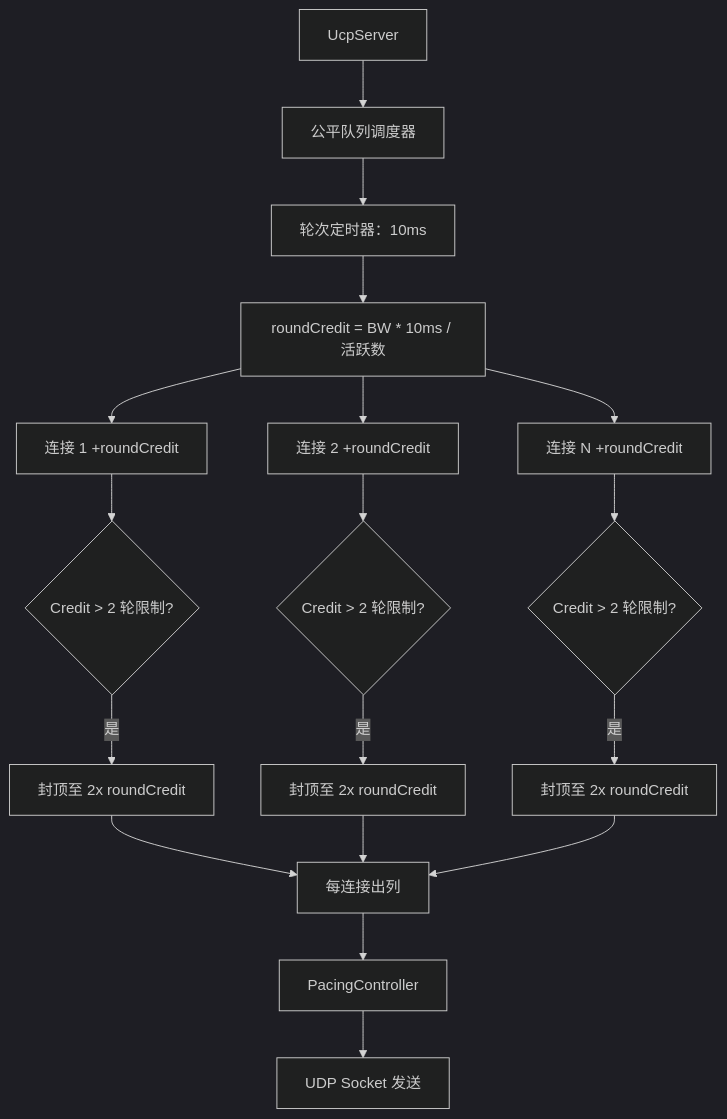
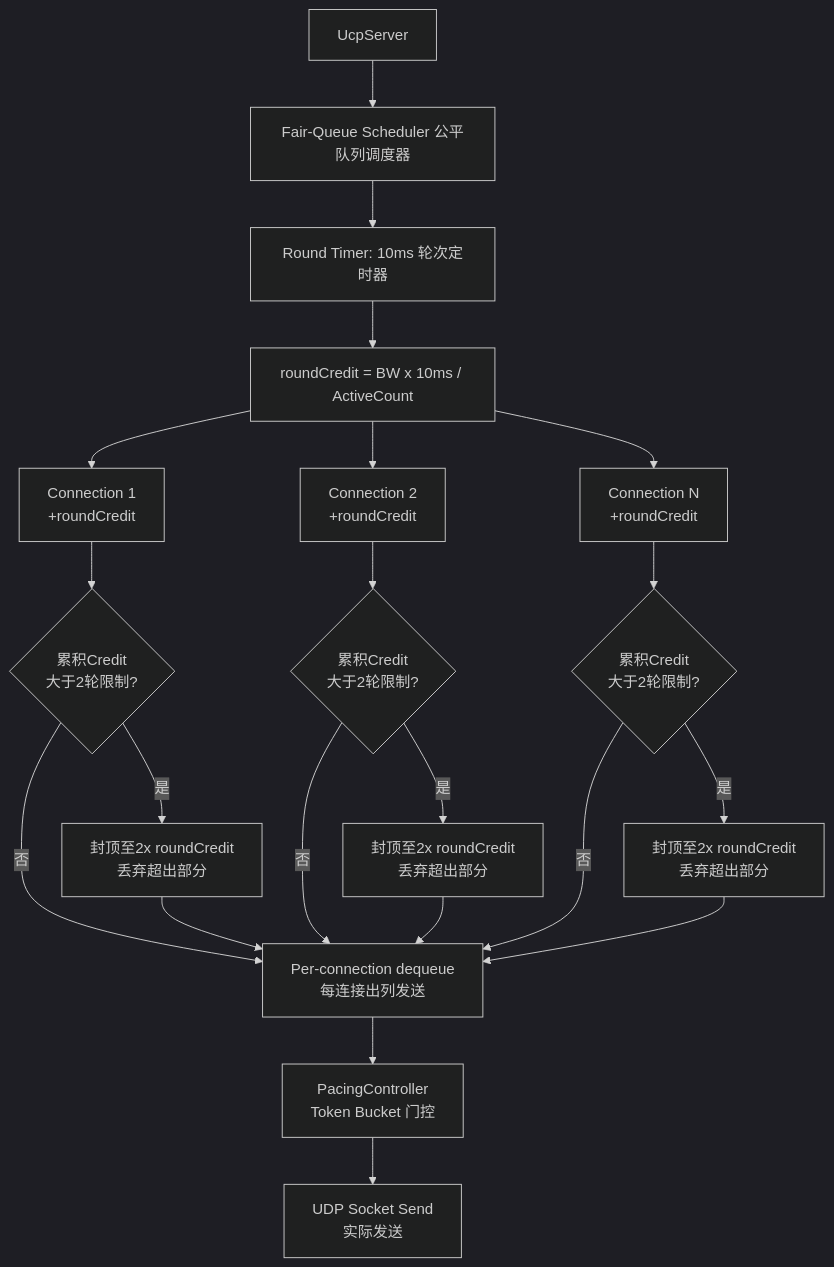
Before and after one commit to liulilittle/ucp: the sixth of 11 diagrams in docs/architecture_CN.md, drawn with Mermaid (dark theme). The commit also changed other lines of this file and 43 other files, not shown here.

````diff
--- a/docs/architecture_CN.md
+++ b/docs/architecture_CN.md
@@ -238,23 +231,27 @@
 ```mermaid
 flowchart TD
-    Server[UcpServer] --> FQ[公平队列调度器]
-    FQ --> Round[轮次定时器：10ms]
-    Round --> Calc[roundCredit = BW * 10ms / 活跃数]
-    Calc --> Conn1[连接 1 +roundCredit]
-    Calc --> Conn2[连接 2 +roundCredit]
-    Calc --> Conn3[连接 N +roundCredit]
-
-    Conn1 --> Cap1{Credit > 2 轮限制?}
-    Conn2 --> Cap2{Credit > 2 轮限制?}
-    Conn3 --> Cap3{Credit > 2 轮限制?}
-
-    Cap1 -->|是| Discard1[封顶至 2x roundCredit]
-    Cap2 -->|是| Discard2[封顶至 2x roundCredit]
-    Cap3 -->|是| Discard3[封顶至 2x roundCredit]
-
-    Discard1 --> Dequeue[每连接出列]
+    Server["UcpServer"] --> FQ["Fair-Queue Scheduler 公平队列调度器"]
+    FQ --> Round["Round Timer: 10ms 轮次定时器"]
+    Round --> Calc["roundCredit = BW x 10ms / ActiveCount"]
+    Calc --> Conn1["Connection 1<br/>+roundCredit"]
+    Calc --> Conn2["Connection 2<br/>+roundCredit"]
+    Calc --> Conn3["Connection N<br/>+roundCredit"]
+    
+    Conn1 --> Cap1{"累积Credit<br/>大于2轮限制?"}
+    Conn2 --> Cap2{"累积Credit<br/>大于2轮限制?"}
+    Conn3 --> Cap3{"累积Credit<br/>大于2轮限制?"}
+    
+    Cap1 -->|"是"| Discard1["封顶至2x roundCredit<br/>丢弃超出部分"]
+    Cap2 -->|"是"| Discard2["封顶至2x roundCredit<br/>丢弃超出部分"]
+    Cap3 -->|"是"| Discard3["封顶至2x roundCredit<br/>丢弃超出部分"]
+    
+    Cap1 -->|"否"| Dequeue["Per-connection dequeue<br/>每连接出列发送"]
+    Discard1 --> Dequeue
+    Cap2 -->|"否"| Dequeue
     Discard2 --> Dequeue
+    Cap3 -->|"否"| Dequeue
     Discard3 --> Dequeue
-    Dequeue --> Pacing[PacingController]
-    Pacing --> Socket[UDP Socket 发送]
+    
+    Dequeue --> Pacing["PacingController<br/>Token Bucket 门控"]
+    Pacing --> Socket["UDP Socket Send<br/>实际发送"]
 ```
````
